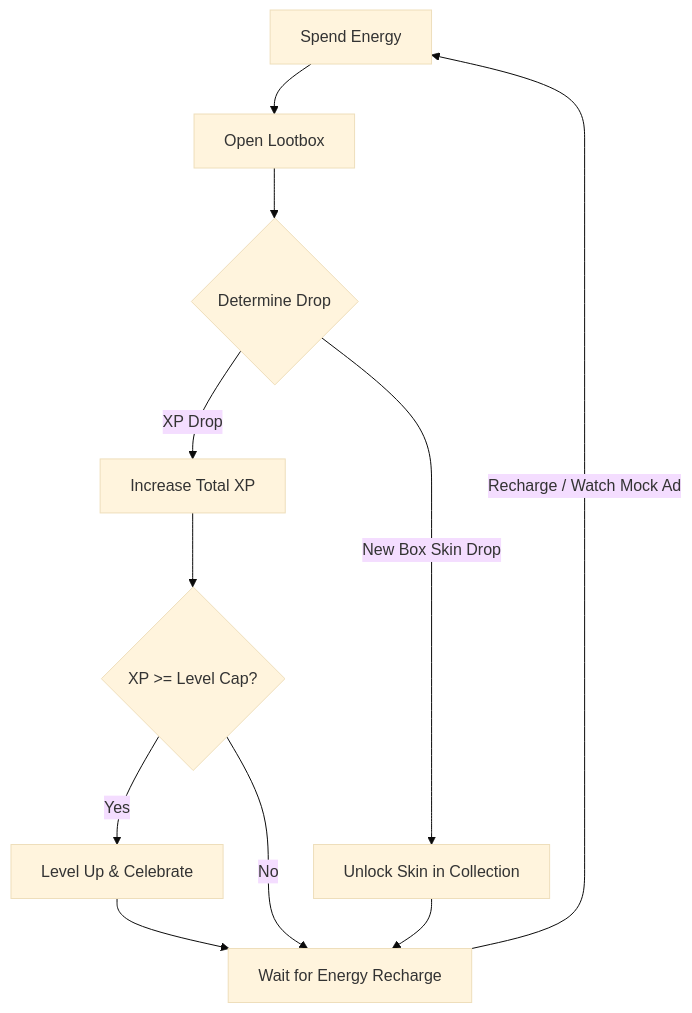
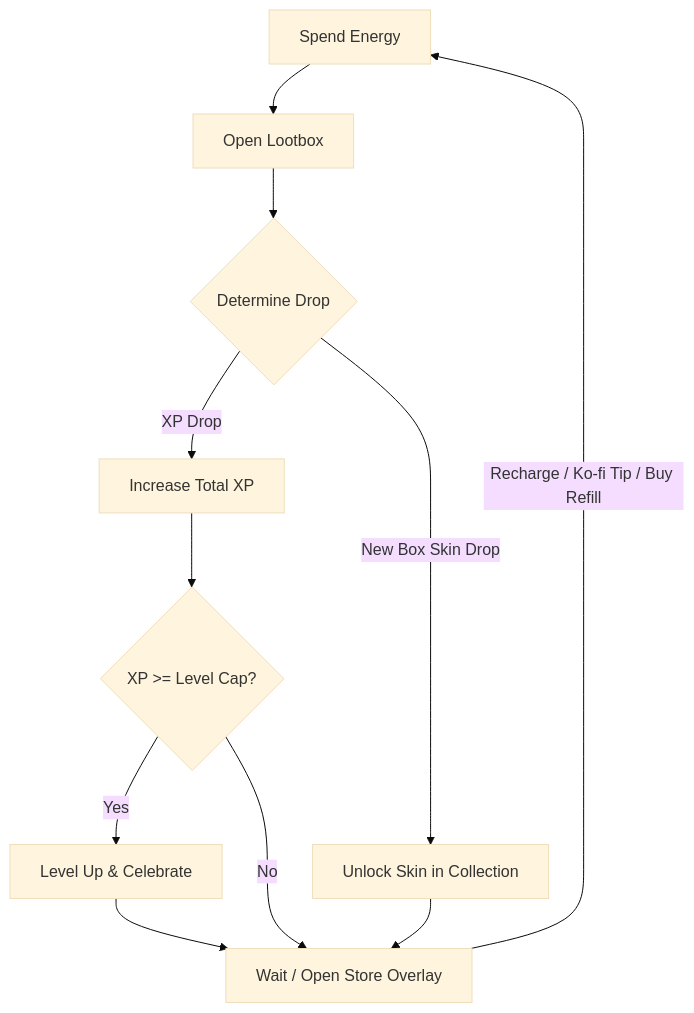
One commit to ishanmanjrekar/lootbox-go changed the diagram in docs/game_design.md. Above: the diagram before and after it, drawn with Mermaid (base theme). The commit also changed other lines of this file and 10 other files, not shown here.

Commit message:
docs: add comprehensive project documentation covering architecture, art direction, and game design

````diff
--- a/docs/game_design.md
+++ b/docs/game_design.md
@@ -20,13 +27,13 @@
 ```mermaid
 graph TD
     A[Spend Energy] --> B[Open Lootbox]
     B --> C{Determine Drop}
     C -->|XP Drop| D[Increase Total XP]
     C -->|New Box Skin Drop| E[Unlock Skin in Collection]
     D --> F{XP >= Level Cap?}
     F -->|Yes| G[Level Up & Celebrate]
-    F -->|No| H[Wait for Energy Recharge]
+    F -->|No| H[Wait / Open Store Overlay]
     E --> H
     G --> H
-    H -->|Recharge / Watch Mock Ad| A
+    H -->|Recharge / Ko-fi Tip / Buy Refill| A
 ```
````
